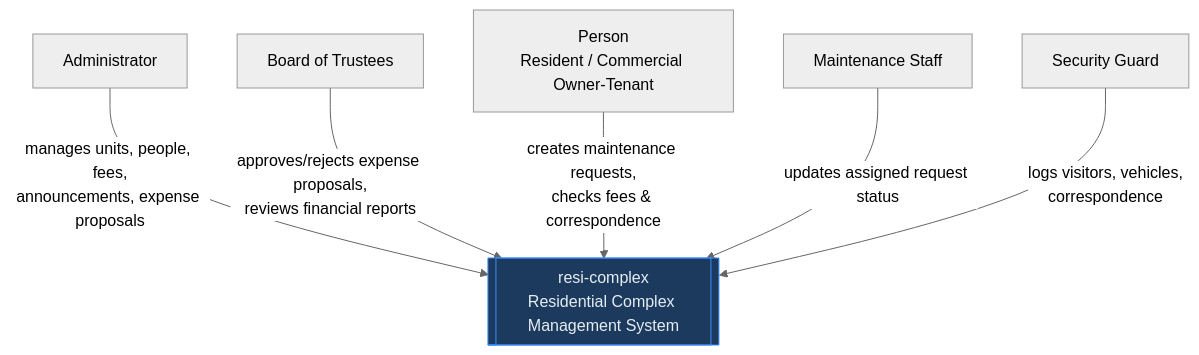
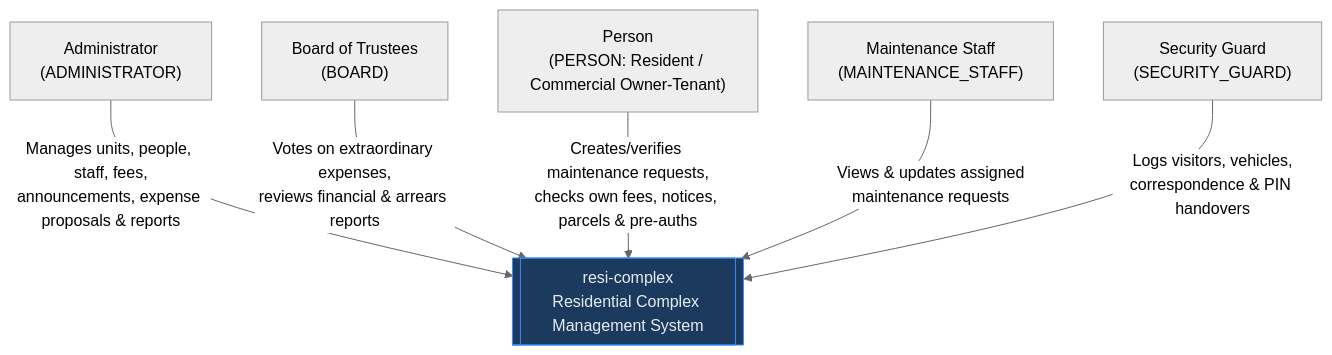
The first of 2 diagrams in 05-architecture/overview.md (code-sena/resi-complex-docs), drawn with Mermaid (neutral theme) before and after one commit. The commit also changed other lines of this file and 76 other files, not shown here.

````diff
--- a/05-architecture/overview.md
+++ b/05-architecture/overview.md
@@ -48,18 +34,18 @@
 ```mermaid
 graph TB
-    ADMIN[Administrator]
-    BOARD[Board of Trustees]
-    PERSON[Person<br/>Resident / Commercial Owner-Tenant]
-    STAFF[Maintenance Staff]
-    GUARD[Security Guard]
+    ADMIN["Administrator<br/>(ADMINISTRATOR)"]
+    BOARD["Board of Trustees<br/>(BOARD)"]
+    PERSON["Person<br/>(PERSON: Resident / Commercial Owner-Tenant)"]
+    STAFF["Maintenance Staff<br/>(MAINTENANCE_STAFF)"]
+    GUARD["Security Guard<br/>(SECURITY_GUARD)"]
 
     SYS[["resi-complex<br/>Residential Complex Management System"]]
 
-    ADMIN -->|manages units, people, fees,<br/>announcements, expense proposals| SYS
-    BOARD -->|approves/rejects expense proposals,<br/>reviews financial reports| SYS
-    PERSON -->|creates maintenance requests,<br/>checks fees & correspondence| SYS
-    STAFF -->|updates assigned request status| SYS
-    GUARD -->|logs visitors, vehicles,<br/>correspondence| SYS
+    ADMIN -->|Manages units, people, staff, fees,<br/>announcements, expense proposals & reports| SYS
+    BOARD -->|Votes on extraordinary expenses,<br/>reviews financial & arrears reports| SYS
+    PERSON -->|Creates/verifies maintenance requests,<br/>checks own fees, notices, parcels & pre-auths| SYS
+    STAFF -->|Views & updates assigned<br/>maintenance requests| SYS
+    GUARD -->|Logs visitors, vehicles,<br/>correspondence & PIN handovers| SYS
 
     style SYS fill:#1c3a5e,stroke:#388bfd,color:#e6edf3
 ```
````
